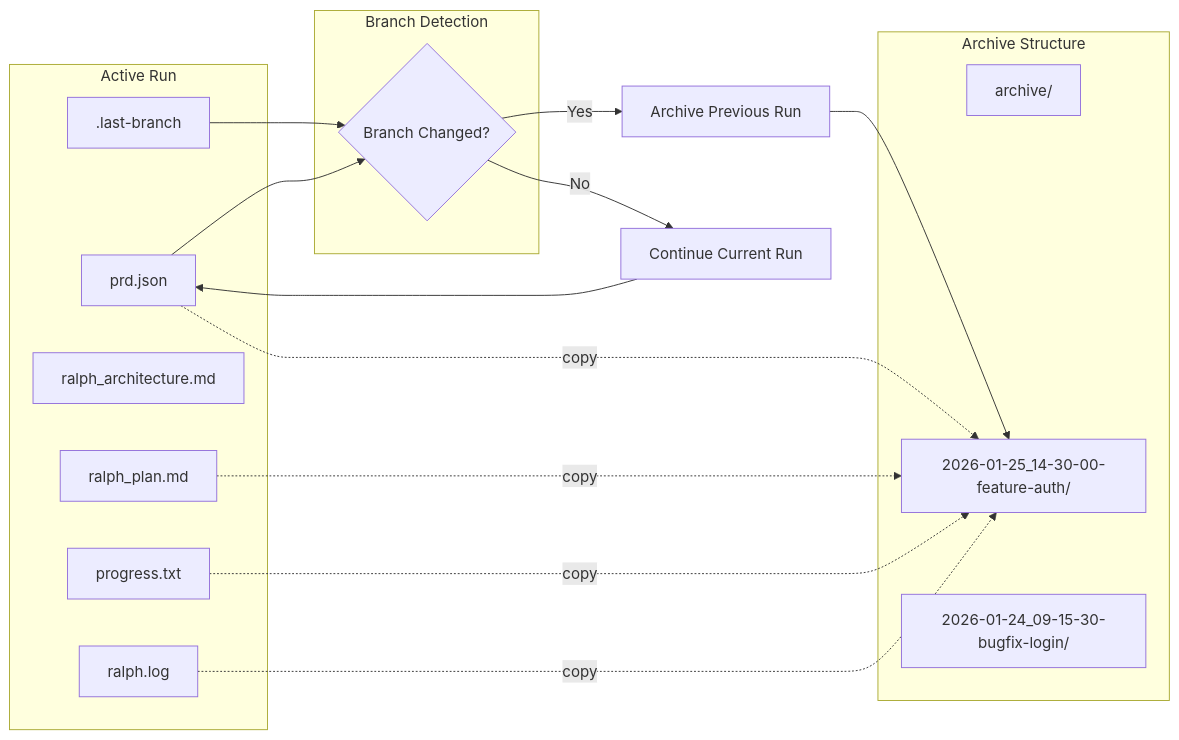
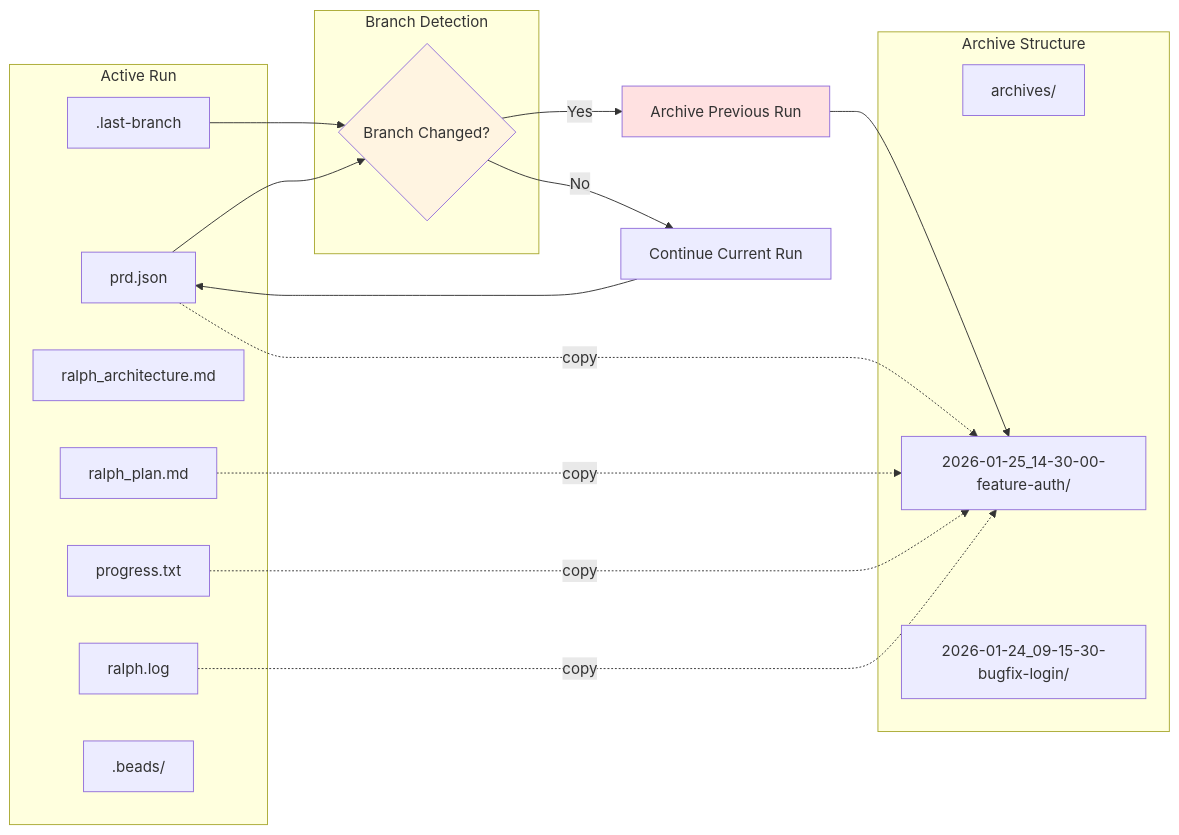
The fifth of 7 diagrams in README.md (WomB0ComB0/ralph), drawn with Mermaid before and after one commit. The commit also changed other lines of this file and 15 other files, not shown here.

````diff
--- a/README.md
+++ b/README.md
@@ -306,36 +317,39 @@
 ```mermaid
 graph LR
     subgraph "Active Run"
         PRD1[prd.json]
         Plan1[ralph_plan.md]
         Diagram1[ralph_architecture.md]
         Progress1[progress.txt]
         Log1[ralph.log]
         Branch1[.last-branch]
+        Beads1[.beads/]
     end
     
     subgraph "Branch Detection"
         Check{Branch Changed?}
     end
     
     subgraph "Archive Structure"
-        ArchiveDir[archive/]
+        ArchiveDir[archives/]
         Date1[2026-01-25_14-30-00-feature-auth/]
         Date2[2026-01-24_09-15-30-bugfix-login/]
     end
     
     Branch1 --> Check
     PRD1 --> Check
     
     Check -->|Yes| Archive[Archive Previous Run]
     Check -->|No| Continue[Continue Current Run]
     
     Archive --> Date1
     PRD1 -.copy.-> Date1
     Plan1 -.copy.-> Date1
     Progress1 -.copy.-> Date1
     Log1 -.copy.-> Date1
     
     Continue --> PRD1
 
+    style Check fill:#fff4e1
+    style Archive fill:#ffe1e1
 ```
````
